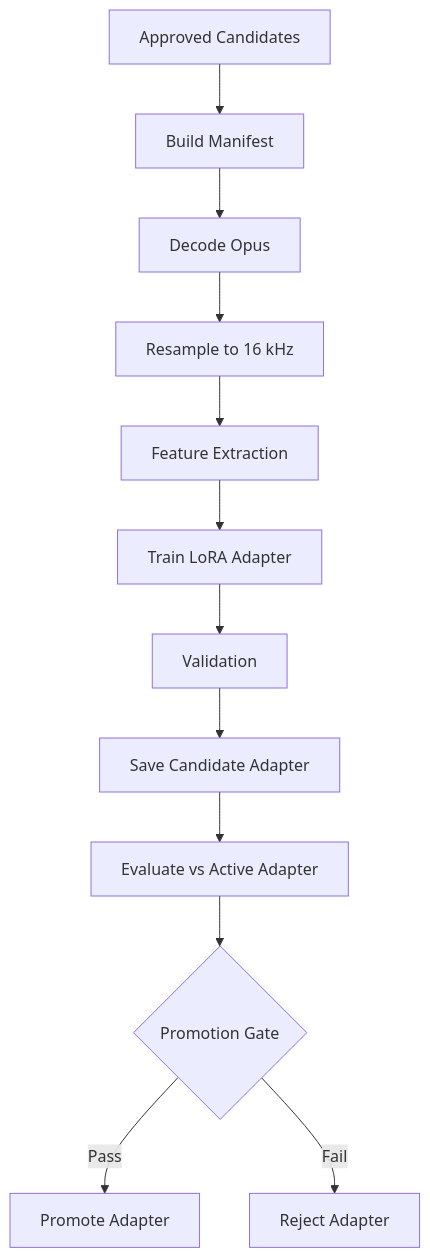
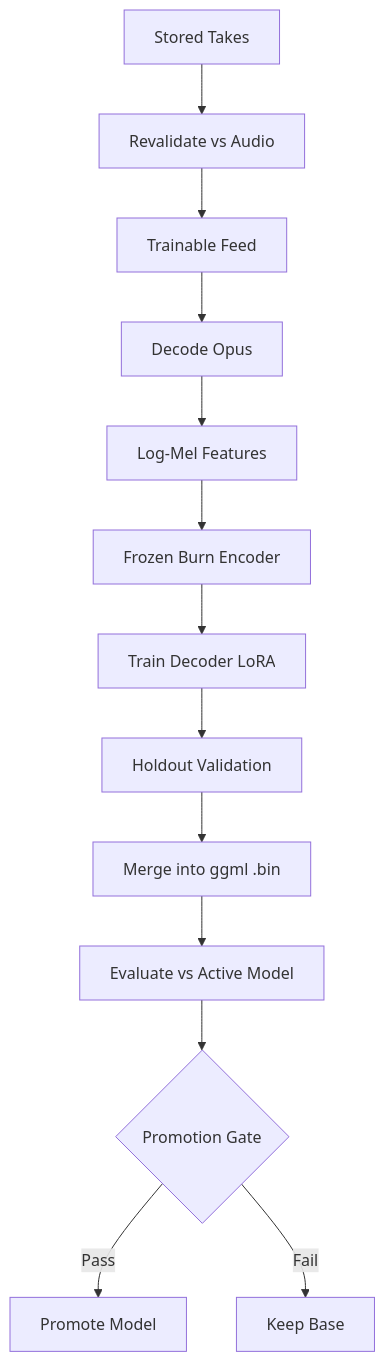
The sixth of 6 diagrams in README.md (nick-tgcs/idiolect), drawn with Mermaid before and after one commit. The commit also changed other lines of this file, not shown here.

First line of the commit message:
docs: README training guide — revalidate, train, try the model

````diff
--- a/README.md
+++ b/README.md
@@ -848,14 +932,15 @@
 ```mermaid
 flowchart TD
-    A[Approved Candidates] --> B[Build Manifest]
+    A0[Stored Takes] --> A[Revalidate vs Audio]
+    A --> B[Trainable Feed]
     B --> C[Decode Opus]
-    C --> D[Resample to 16 kHz]
-    D --> E[Feature Extraction]
-    E --> F[Train LoRA Adapter]
-    F --> G[Validation]
-    G --> H[Save Candidate Adapter]
-    H --> I[Evaluate vs Active Adapter]
+    C --> D[Log-Mel Features]
+    D --> E[Frozen Burn Encoder]
+    E --> F[Train Decoder LoRA]
+    F --> G[Holdout Validation]
+    G --> H[Merge into ggml .bin]
+    H --> I[Evaluate vs Active Model]
     I --> J{Promotion Gate}
-    J -->|Pass| K[Promote Adapter]
-    J -->|Fail| L[Reject Adapter]
+    J -->|Pass| K[Promote Model]
+    J -->|Fail| L[Keep Base]
 ```
````
